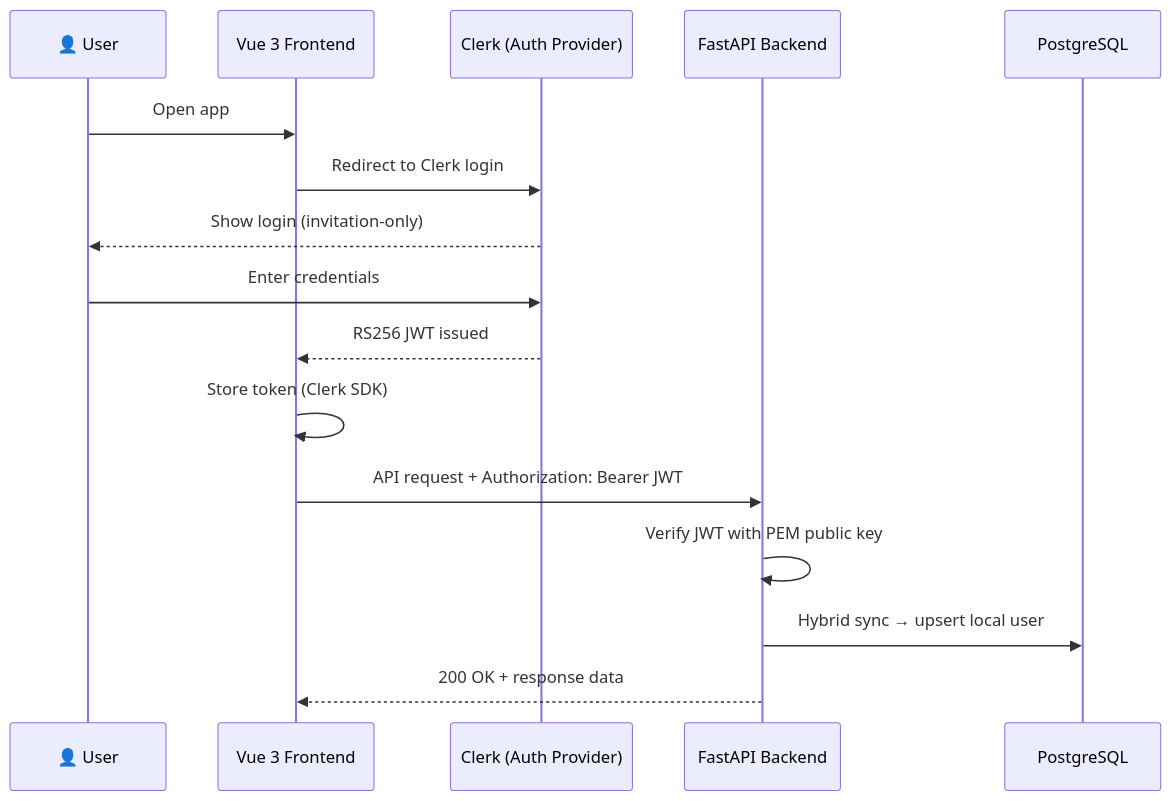
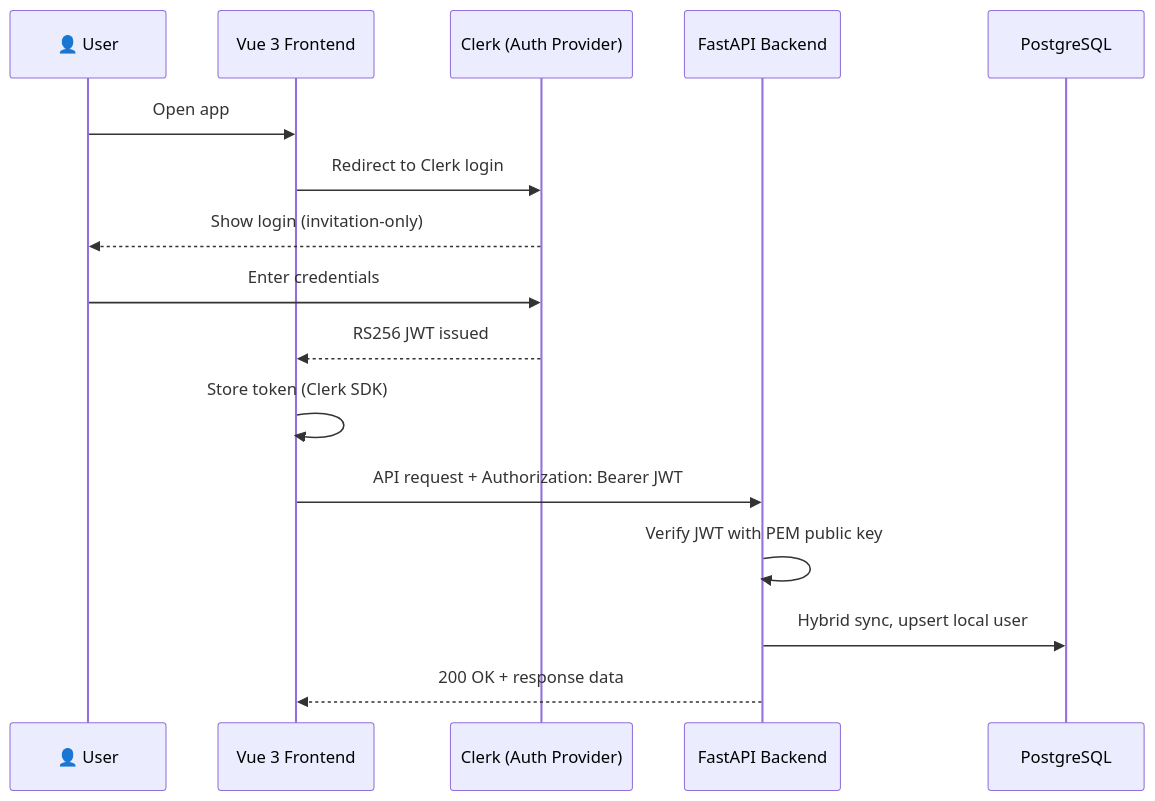
The fifth of 7 diagrams in docs/ARCHITECTURE.md (sogliano/guardia), drawn with Mermaid before and after one commit. The commit also changed other lines of this file and 2 other files, not shown here.

````diff
--- a/docs/ARCHITECTURE.md
+++ b/docs/ARCHITECTURE.md
@@ -581,19 +581,19 @@
 ```mermaid
 sequenceDiagram
     participant U as 👤 User
     participant F as Vue 3 Frontend
     participant C as Clerk (Auth Provider)
     participant B as FastAPI Backend
     participant DB as PostgreSQL
 
     U->>F: Open app
     F->>C: Redirect to Clerk login
     C-->>U: Show login (invitation-only)
     U->>C: Enter credentials
     C-->>F: RS256 JWT issued
     F->>F: Store token (Clerk SDK)
     F->>B: API request + Authorization: Bearer JWT
     B->>B: Verify JWT with PEM public key
-    B->>DB: Hybrid sync → upsert local user
+    B->>DB: Hybrid sync, upsert local user
     B-->>F: 200 OK + response data
 ```
````
